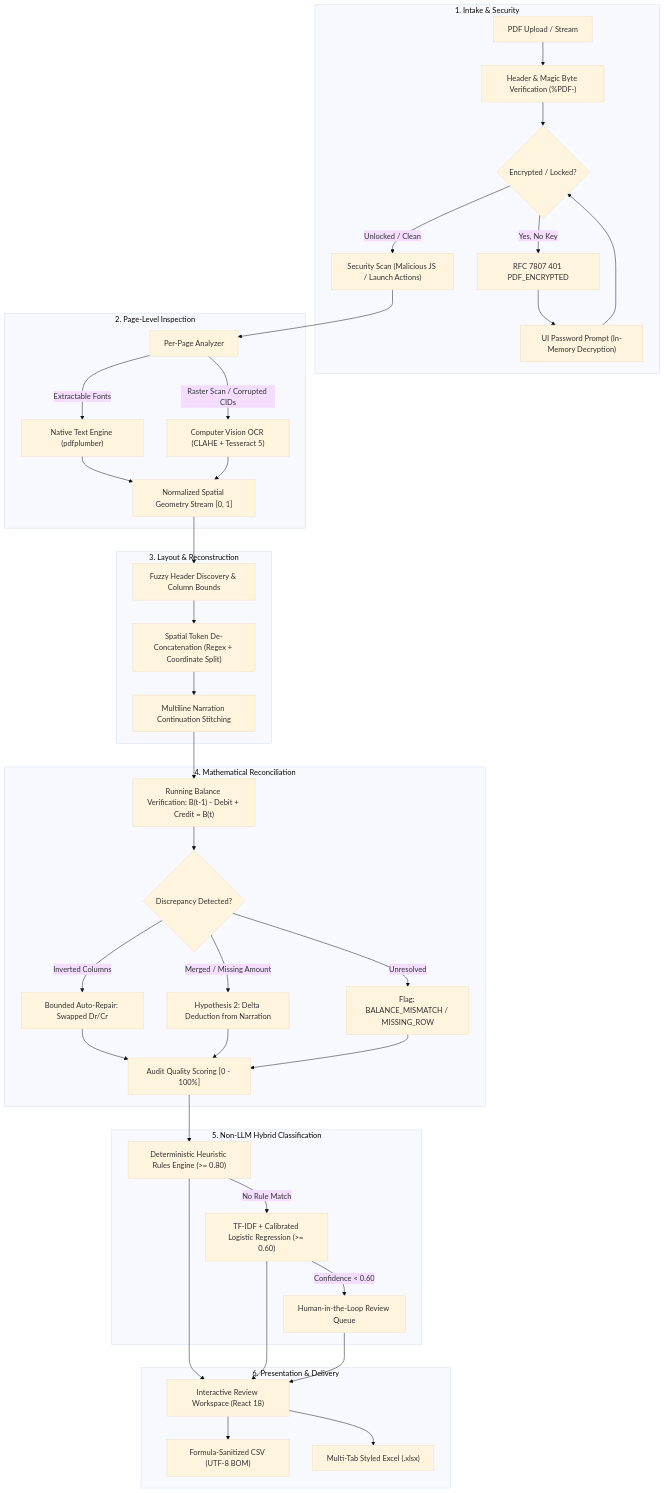
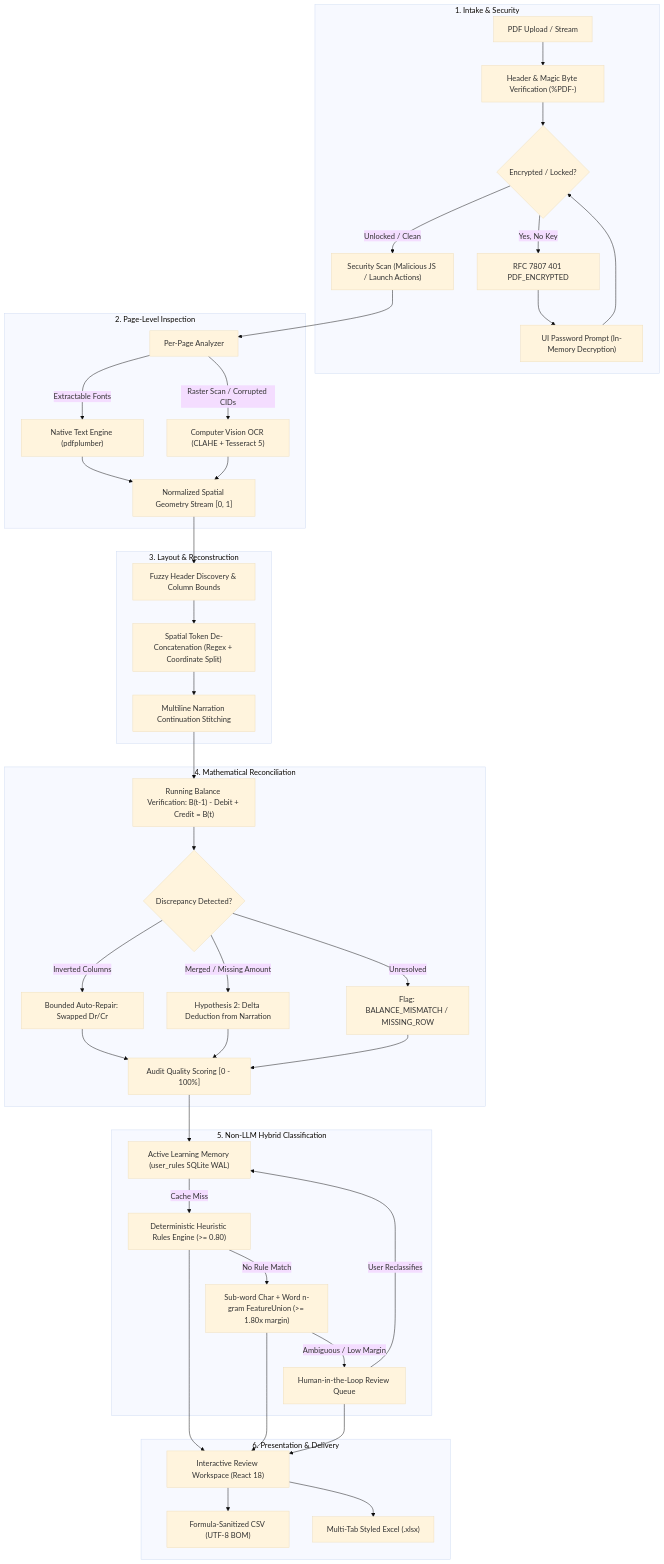
Before and after one commit to bhavya-229/BeFree-automation-assessment: the diagram in README.md, drawn with Mermaid (base theme). The commit also changed other lines of this file, not shown here.

Commit message:
docs: document Phase 1 and Phase 2 active learning, sub-word char_wb ML, and parallel OCR in README

````diff
--- a/README.md
+++ b/README.md
@@ -20,50 +20,52 @@
 ```mermaid
 flowchart TD
     subgraph Intake ["1. Intake & Security"]
         A["PDF Upload / Stream"] --> B["Header & Magic Byte Verification (%PDF-)"]
         B --> C{"Encrypted / Locked?"}
         C -->|Yes, No Key| D["RFC 7807 401 PDF_ENCRYPTED"]
         D --> E["UI Password Prompt (In-Memory Decryption)"]
         E --> C
         C -->|Unlocked / Clean| F["Security Scan (Malicious JS / Launch Actions)"]
     end
 
     subgraph Inspection ["2. Page-Level Inspection"]
         F --> G["Per-Page Analyzer"]
         G -->|Extractable Fonts| H["Native Text Engine (pdfplumber)"]
         G -->|Raster Scan / Corrupted CIDs| I["Computer Vision OCR (CLAHE + Tesseract 5)"]
         H --> J["Normalized Spatial Geometry Stream [0, 1]"]
         I --> J
     end
 
     subgraph Layout ["3. Layout & Reconstruction"]
         J --> K["Fuzzy Header Discovery & Column Bounds"]
         K --> L["Spatial Token De-Concatenation (Regex + Coordinate Split)"]
         L --> M["Multiline Narration Continuation Stitching"]
     end
 
     subgraph Validation ["4. Mathematical Reconciliation"]
         M --> N["Running Balance Verification: B(t-1) - Debit + Credit = B(t)"]
         N --> O{"Discrepancy Detected?"}
         O -->|Inverted Columns| P["Bounded Auto-Repair: Swapped Dr/Cr"]
         O -->|Merged / Missing Amount| Q["Hypothesis 2: Delta Deduction from Narration"]
         O -->|Unresolved| R["Flag: BALANCE_MISMATCH / MISSING_ROW"]
         P --> S["Audit Quality Scoring [0 - 100%]"]
         Q --> S
         R --> S
     end
 
     subgraph Intelligence ["5. Non-LLM Hybrid Classification"]
-        S --> T["Deterministic Heuristic Rules Engine (>= 0.80)"]
-        T -->|No Rule Match| U["TF-IDF + Calibrated Logistic Regression (>= 0.60)"]
-        U -->|Confidence < 0.60| V["Human-in-the-Loop Review Queue"]
+        S --> T0["Active Learning Memory (user_rules SQLite WAL)"]
+        T0 -->|Cache Miss| T["Deterministic Heuristic Rules Engine (>= 0.80)"]
+        T -->|No Rule Match| U["Sub-word Char + Word n-gram FeatureUnion (>= 1.80x margin)"]
+        U -->|Ambiguous / Low Margin| V["Human-in-the-Loop Review Queue"]
+        V -->|User Reclassifies| T0
     end
 
     subgraph Presentation ["6. Presentation & Delivery"]
         T --> W["Interactive Review Workspace (React 18)"]
         U --> W
         V --> W
         W --> X["Formula-Sanitized CSV (UTF-8 BOM)"]
         W --> Y["Multi-Tab Styled Excel (.xlsx)"]
     end
 ```
````
